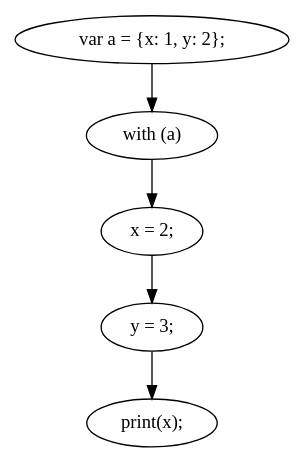
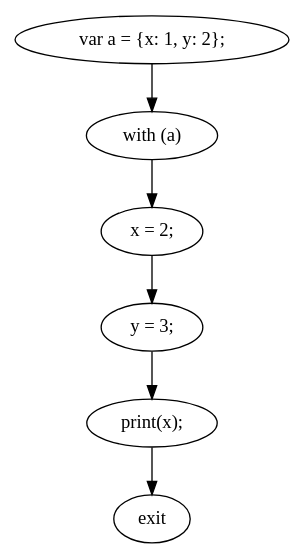
The diagram in JsRetest/jsTests/dotFiles/testWithBlock.js.0.dot (Shoreray/JsRetest), drawn with Graphviz before and after one commit. The commit also changed 408 other files, not shown here.

```diff
--- a/JsRetest/jsTests/dotFiles/testWithBlock.js.0.dot
+++ b/JsRetest/jsTests/dotFiles/testWithBlock.js.0.dot
@@ -1,11 +1,13 @@
 digraph {
 "0" [label="print(x);\n"] 
-"1" [label="y = 3;\n"] 
-"2" [label="x = 2;\n"] 
-"3" [label="with (a) "] 
-"4" [label="var a = {x: 1, y: 2};\n"] 
-"1" -> "0" [label=""] 
+"1" [label="x = 2;\n"] 
+"2" [label="with (a) "] 
+"3" [label="var a = {x: 1, y: 2};\n"] 
+"4" [label="exit"] 
+"5" [label="y = 3;\n"] 
+"0" -> "4" [label=""] 
+"1" -> "5" [label=""] 
 "2" -> "1" [label=""] 
 "3" -> "2" [label=""] 
-"4" -> "3" [label=""] 
+"5" -> "0" [label=""] 
 }
```
